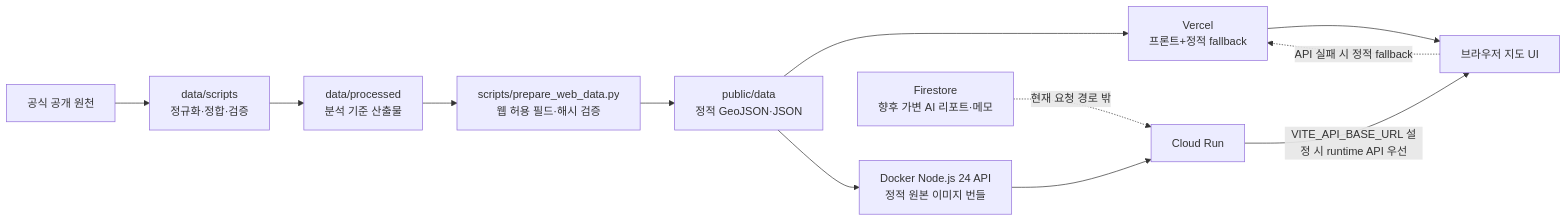
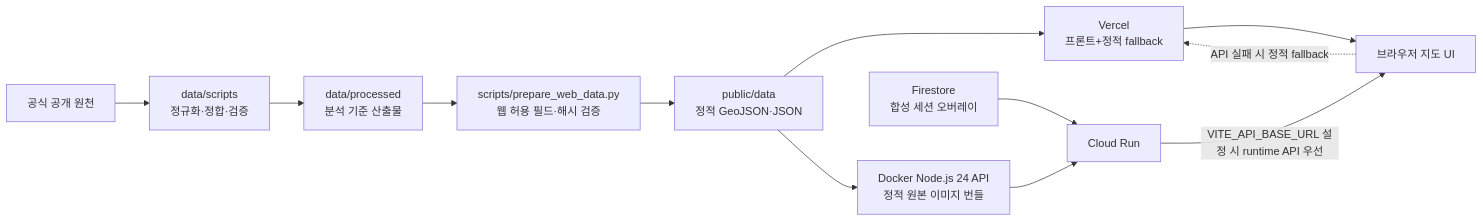
The diagram in README.md (ulsaninuhack/hack), drawn with Mermaid before and after one commit. The commit also changed other lines of this file and 71 other files, not shown here.

````diff
--- a/README.md
+++ b/README.md
@@ -75,14 +75,14 @@
 ```mermaid
 flowchart LR
     A["공식 공개 원천"] --> B["data/scripts<br/>정규화·정합·검증"]
     B --> C["data/processed<br/>분석 기준 산출물"]
     C --> D["scripts/prepare_web_data.py<br/>웹 허용 필드·해시 검증"]
     D --> E["public/data<br/>정적 GeoJSON·JSON"]
     E --> F["Vercel<br/>프론트+정적 fallback"]
     E --> G["Docker Node.js 24 API<br/>정적 원본 이미지 번들"]
     G --> H["Cloud Run"]
-    J["Firestore<br/>향후 가변 AI 리포트·메모"] -. "현재 요청 경로 밖" .-> H
+    J["Firestore<br/>합성 세션 오버레이"] --> H
     F --> I["브라우저 지도 UI"]
     H -->|"VITE_API_BASE_URL 설정 시 runtime API 우선"| I
     I -. "API 실패 시 정적 fallback" .-> F
 ```
````
